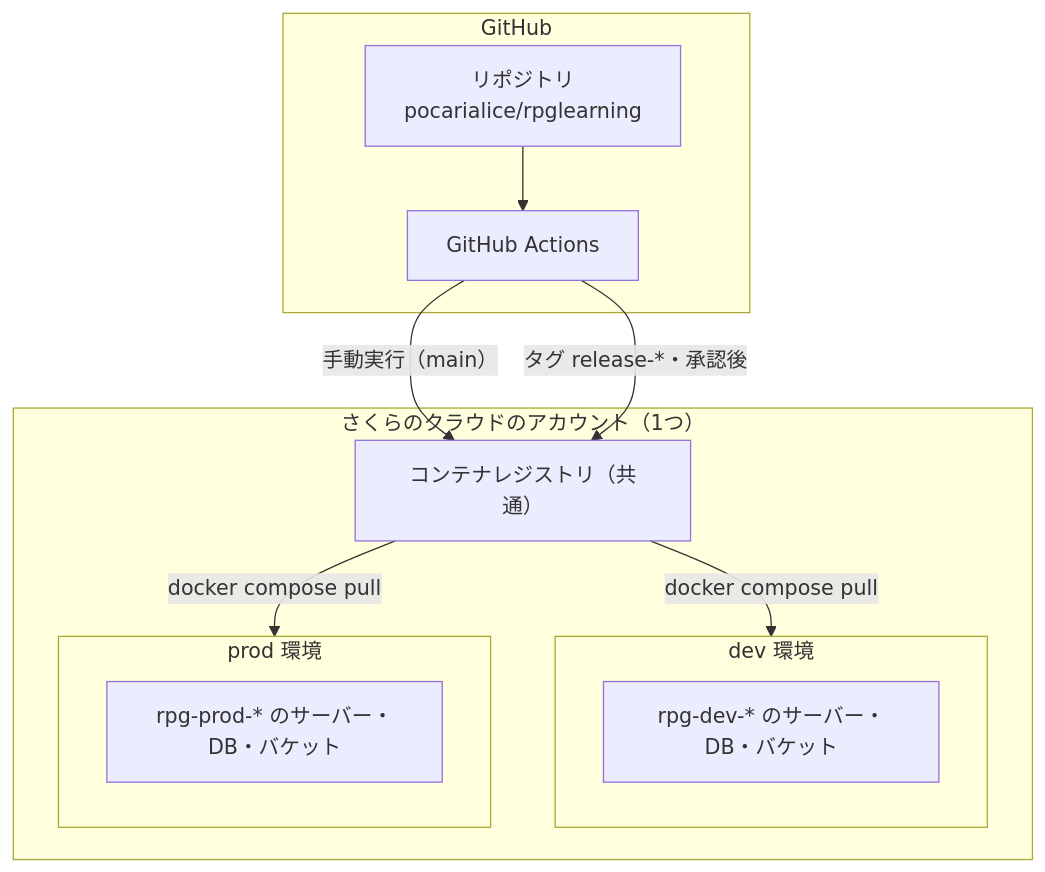
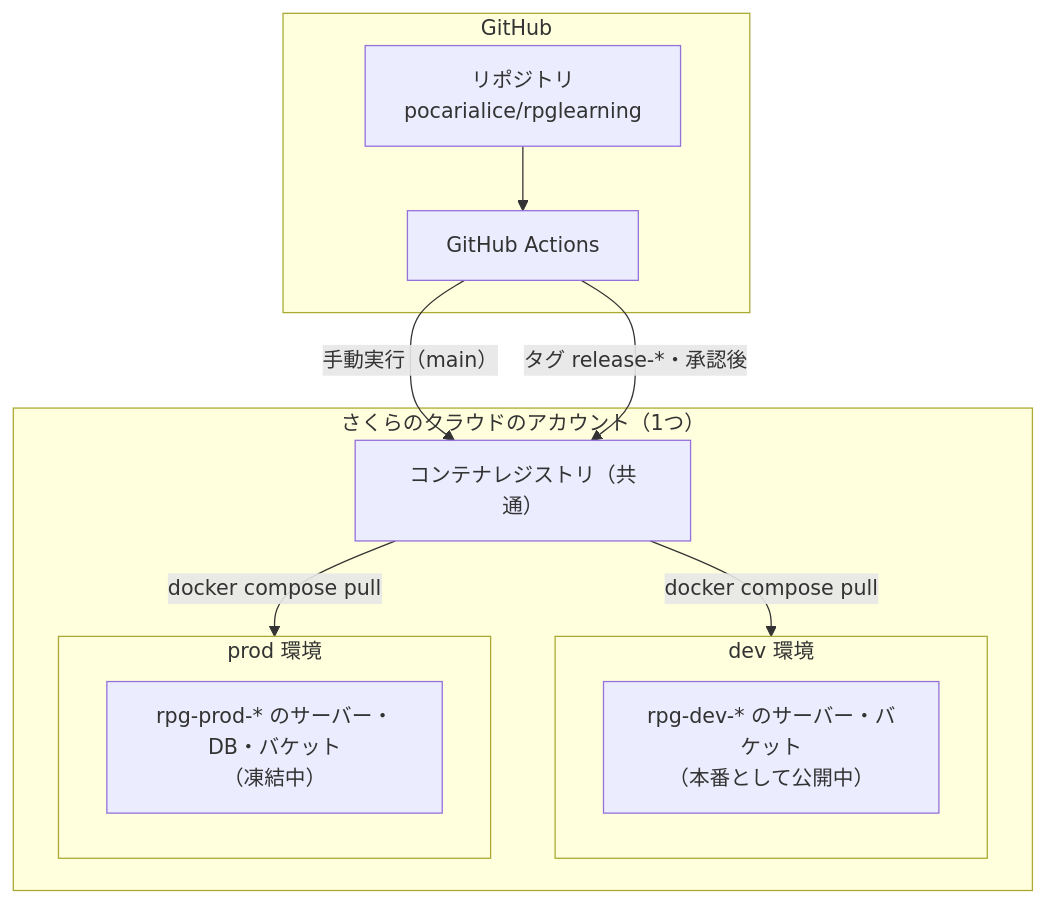
One commit to pocarialice/rpglearning changed the third of 18 diagrams in documents/外部設計書_RPG学習アプリ.md. Above: the diagram before and after it, drawn with Mermaid. The commit also changed other lines of this file and 5 other files, not shown here.

````diff
--- a/documents/外部設計書_RPG学習アプリ.md
+++ b/documents/外部設計書_RPG学習アプリ.md
@@ -226,21 +211,21 @@
 ```mermaid
 flowchart TB
   subgraph ACC["さくらのクラウドのアカウント（1つ）"]
     subgraph DEV["dev 環境"]
-      D1["rpg-dev-* のサーバー・DB・バケット"]
+      D1["rpg-dev-* のサーバー・バケット<br>（本番として公開中）"]
     end
     subgraph PRD["prod 環境"]
-      P1["rpg-prod-* のサーバー・DB・バケット"]
+      P1["rpg-prod-* のサーバー・DB・バケット<br>（凍結中）"]
     end
     CR["コンテナレジストリ（共通）"]
   end
   subgraph GH["GitHub"]
     REPO["リポジトリ<br>pocarialice/rpglearning"]
     GA["GitHub Actions"]
   end
   REPO --> GA
   GA -->|"手動実行（main）"| CR
   GA -->|"タグ release-*・承認後"| CR
   CR -->|"docker compose pull"| DEV
   CR -->|"docker compose pull"| PRD
 ```
````
